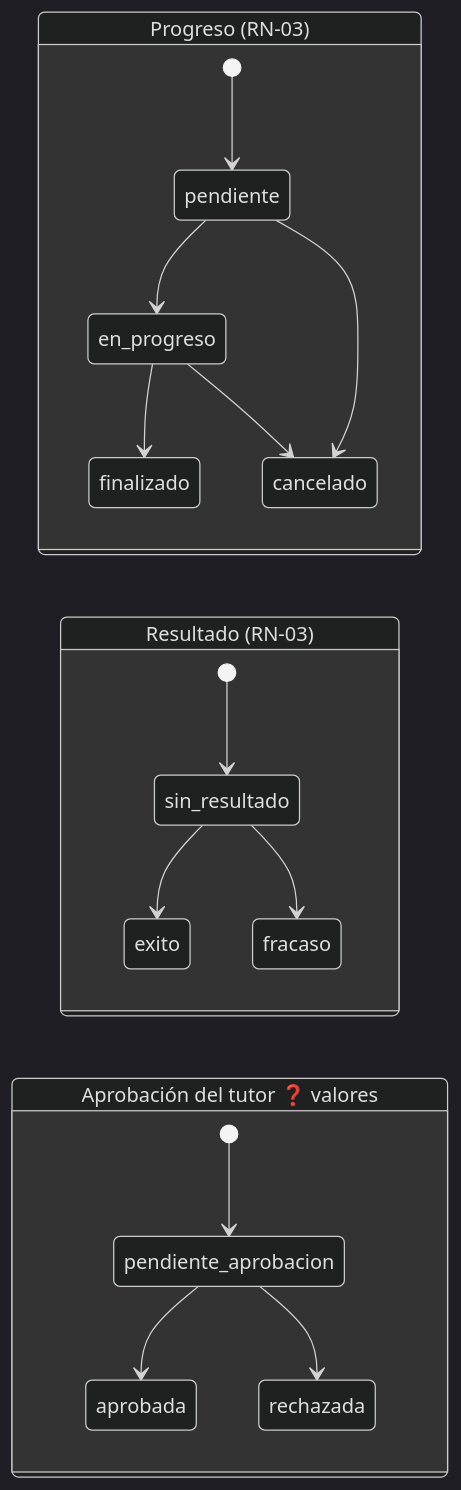
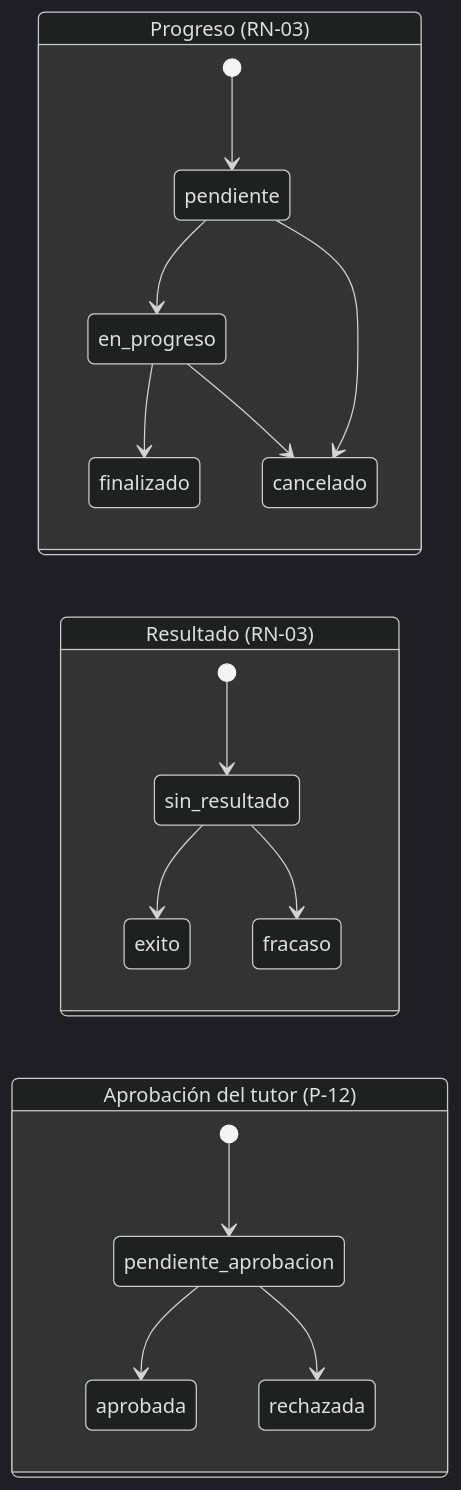
The fifth of 8 diagrams in docs/domain/workflows.md (Jcortesc03/Gestor-semilleros), drawn with Mermaid (dark theme) before and after one commit. The commit also changed other lines of this file and 24 other files, not shown here.

````diff
--- a/docs/domain/workflows.md
+++ b/docs/domain/workflows.md
@@ -95,21 +95,21 @@
 ```mermaid
 stateDiagram-v2
     direction LR
     state "Progreso (RN-03)" as P {
         [*] --> pendiente
         pendiente --> en_progreso
         en_progreso --> finalizado
         pendiente --> cancelado
         en_progreso --> cancelado
     }
     state "Resultado (RN-03)" as R {
         [*] --> sin_resultado
         sin_resultado --> exito
         sin_resultado --> fracaso
     }
-    state "Aprobación del tutor ❓ valores" as AP {
+    state "Aprobación del tutor (P-12)" as AP {
         [*] --> pendiente_aprobacion
         pendiente_aprobacion --> aprobada
         pendiente_aprobacion --> rechazada
     }
 ```
````
